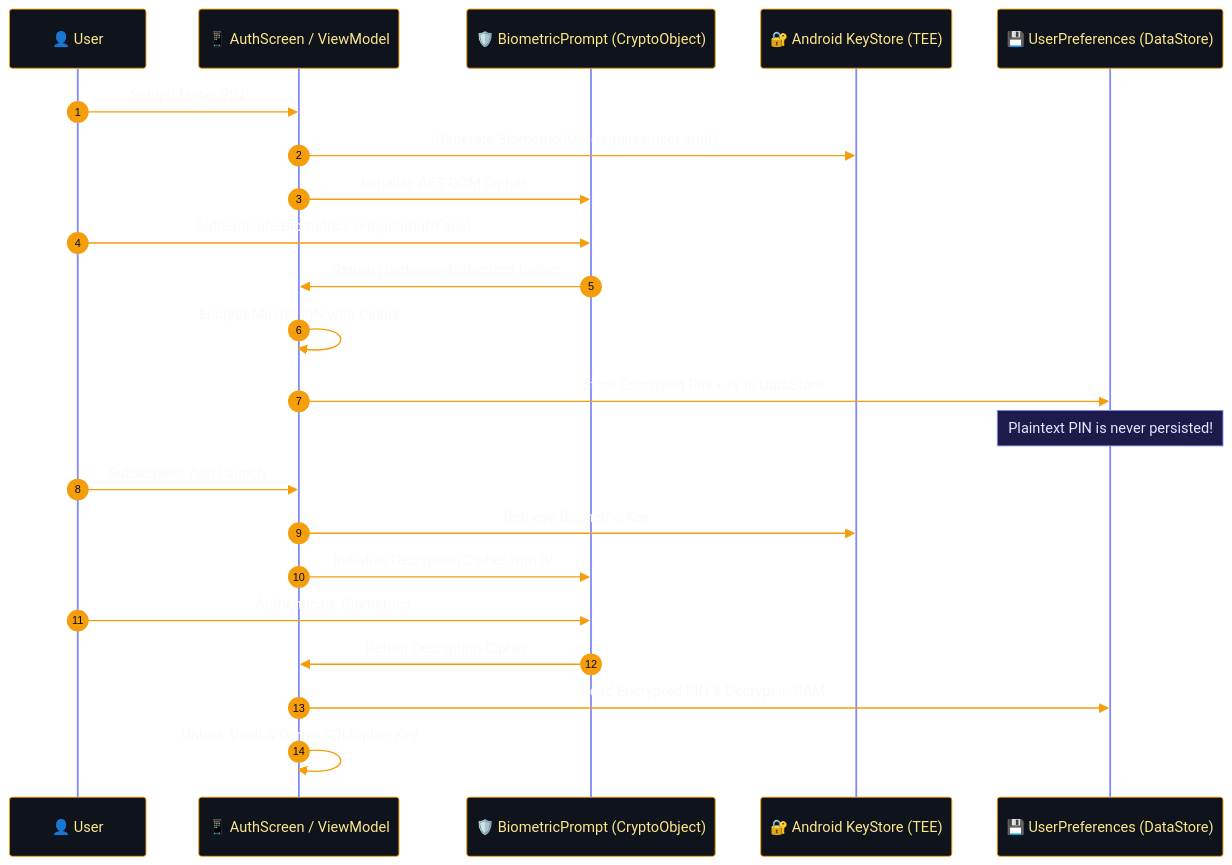
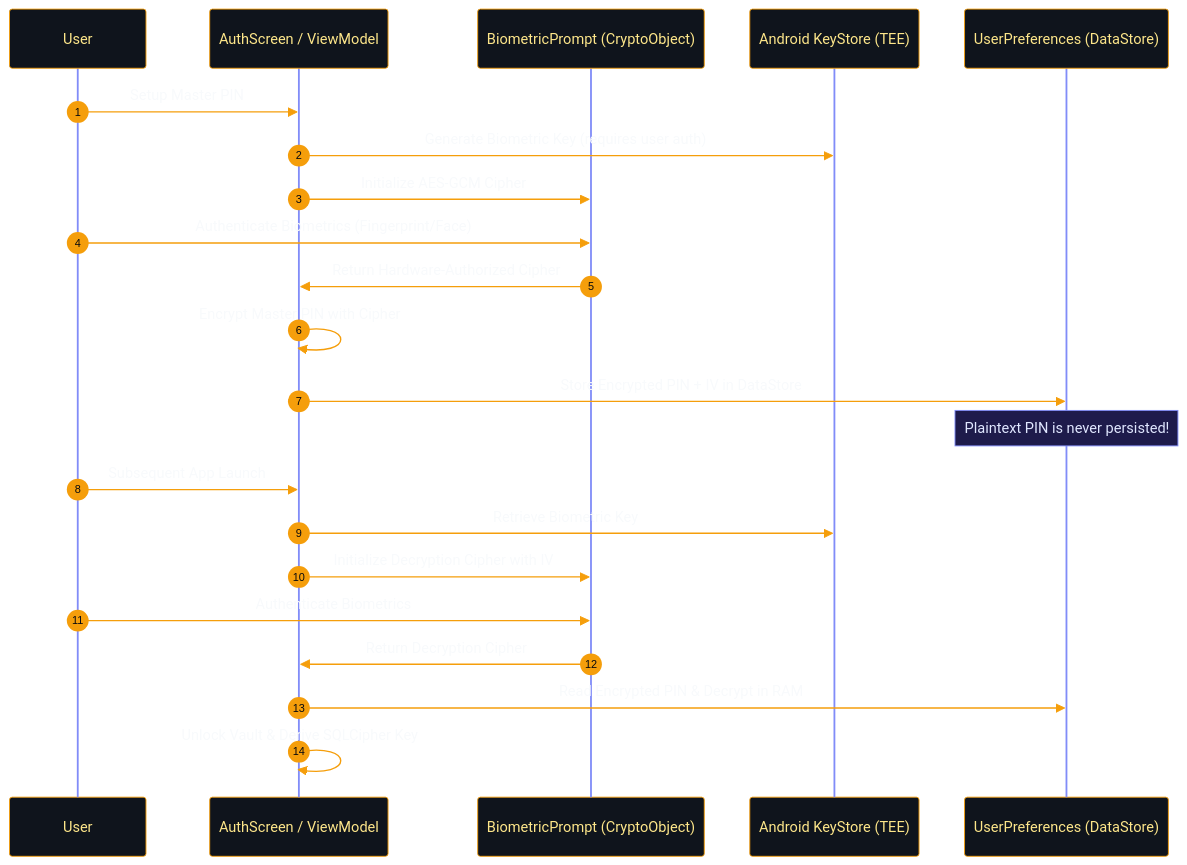
Before and after one commit to dwinsi/kunjika: the second of 2 diagrams in docs/architecture.md, drawn with Mermaid. The commit also changed other lines of this file and 11 other files, not shown here.

````diff
--- a/docs/architecture.md
+++ b/docs/architecture.md
@@ -122,50 +122,50 @@
 ```mermaid
 %%{init: {
   'theme': 'base',
   'themeVariables': {
     'darkMode': true,
     'background': '#07090E',
     'actorBkg': '#0F141C',
     'actorBorder': '#F59E0B',
     'actorTextColor': '#FDE68A',
     'actorLineColor': '#818CF8',
     'signalColor': '#F59E0B',
     'signalTextColor': '#F8FAFC',
     'labelBoxBkgColor': '#0F141C',
     'labelBoxBorderColor': '#818CF8',
     'labelTextColor': '#F8FAFC',
     'loopTextColor': '#FDE68A',
     'noteBkgColor': '#1E1B4B',
     'noteBorderColor': '#818CF8',
     'noteTextColor': '#E0E7FF',
     'activationBorderColor': '#F59E0B',
     'activationBkgColor': '#131A26',
     'sequenceNumberColor': '#07090E'
   }
 }}%%
 sequenceDiagram
     autonumber
-    participant User as 👤 User
-    participant Auth as 📱 AuthScreen / ViewModel
-    participant Bio as 🛡️ BiometricPrompt (CryptoObject)
-    participant KS as 🔐 Android KeyStore (TEE)
-    participant Prefs as 💾 UserPreferences (DataStore)
+    participant User as  User
+    participant Auth as  AuthScreen / ViewModel
+    participant Bio as  BiometricPrompt (CryptoObject)
+    participant KS as  Android KeyStore (TEE)
+    participant Prefs as  UserPreferences (DataStore)
 
     User->>Auth: Setup Master PIN
     Auth->>KS: Generate Biometric Key (requires user auth)
     Auth->>Bio: Initialize AES-GCM Cipher
     User->>Bio: Authenticate Biometrics (Fingerprint/Face)
     Bio->>Auth: Return Hardware-Authorized Cipher
     Auth->>Auth: Encrypt Master PIN with Cipher
     Auth->>Prefs: Store Encrypted PIN + IV in DataStore
     Note over Prefs: Plaintext PIN is never persisted!
 
     %% Unlock Flow
     User->>Auth: Subsequent App Launch
     Auth->>KS: Retrieve Biometric Key
     Auth->>Bio: Initialize Decryption Cipher with IV
     User->>Bio: Authenticate Biometrics
     Bio->>Auth: Return Decryption Cipher
     Auth->>Prefs: Read Encrypted PIN & Decrypt in RAM
     Auth->>Auth: Unlock Vault & Derive SQLCipher Key
 ```
````
